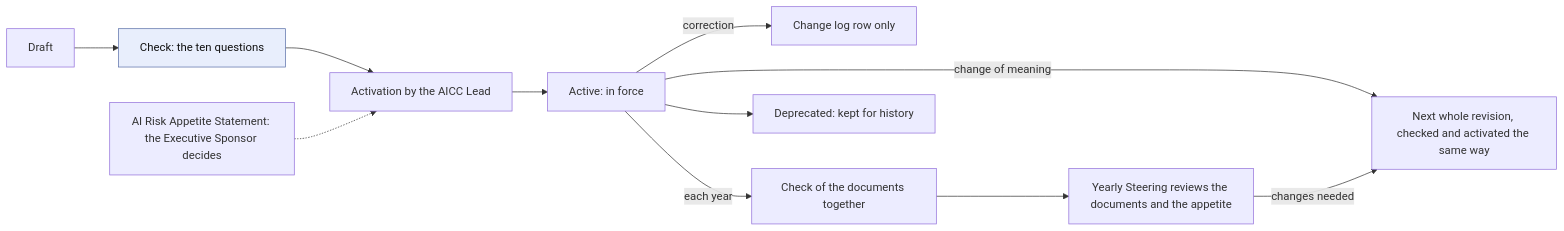
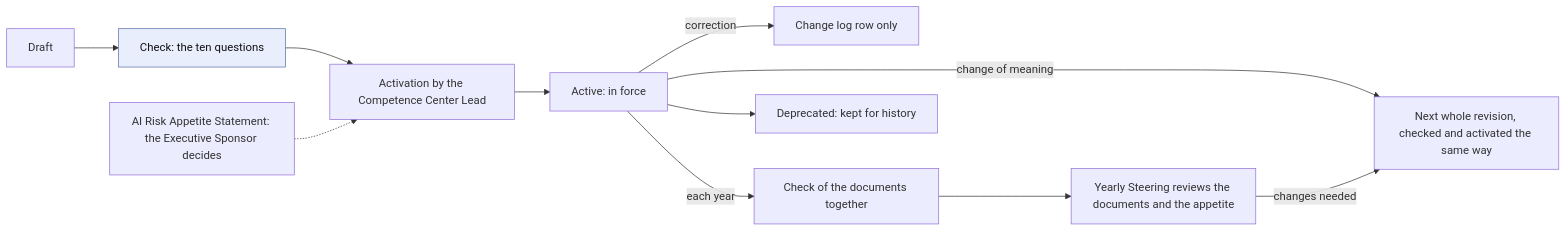
One commit to devhogu/ob-aicc changed the sixth of 6 diagrams in charter/en/workflows/unit-governance.md. Above: the diagram before and after it, drawn with Mermaid. The commit also changed other lines of this file and 1149 other files, not shown here.

First line of the commit message:
The name Competence Center: AICC stays only as a code (DR-2026-066)

````diff
--- a/charter/en/workflows/unit-governance.md
+++ b/charter/en/workflows/unit-governance.md
@@ -165,12 +165,12 @@
 ```mermaid
 flowchart LR
-  D["Draft"] --> K["Check: the ten questions"] --> A["Activation by the AICC Lead"] --> V["Active: in force"]
+  D["Draft"] --> K["Check: the ten questions"] --> A["Activation by the Competence Center Lead"] --> V["Active: in force"]
   AP["AI Risk Appetite Statement: the Executive Sponsor decides"] -.-> A
   V -->|"change of meaning"| N["Next whole revision, checked and activated the same way"]
   V -->|"correction"| CL["Change log row only"]
   V -->|"each year"| Y["Check of the documents together"] --> YS["Yearly Steering reviews the documents and the appetite"]
   YS -->|"changes needed"| N
   V --> DP["Deprecated: kept for history"]
   classDef gate fill:#e8eefc,stroke:#5a6fa8,color:#111
   class K gate
 ```
````
